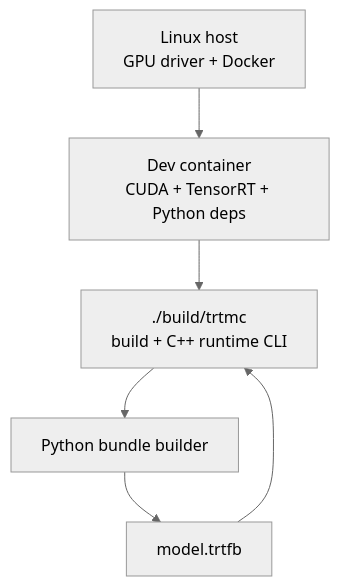
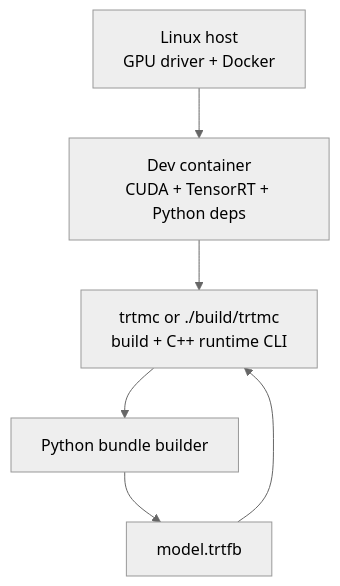
One commit to NVIDIA/TensorRT-Model-Connect changed the diagram in website/docs/getting-started/environment-and-repro.md. Above: the diagram before and after it, drawn with Mermaid (neutral theme). The commit also changed other lines of this file and 17 other files, not shown here.

````diff
--- a/website/docs/getting-started/environment-and-repro.md
+++ b/website/docs/getting-started/environment-and-repro.md
@@ -9,8 +9,8 @@
 ```mermaid
 flowchart TB
   Host["Linux host<br/>GPU driver + Docker"] --> Container["Dev container<br/>CUDA + TensorRT + Python deps"]
-  Container --> Runtime["./build/trtmc<br/>build + C++ runtime CLI"]
+  Container --> Runtime["trtmc or ./build/trtmc<br/>build + C++ runtime CLI"]
   Runtime --> Builder["Python bundle builder"]
   Builder --> Bundle["model.trtfb"]
   Bundle --> Runtime
 ```
````
